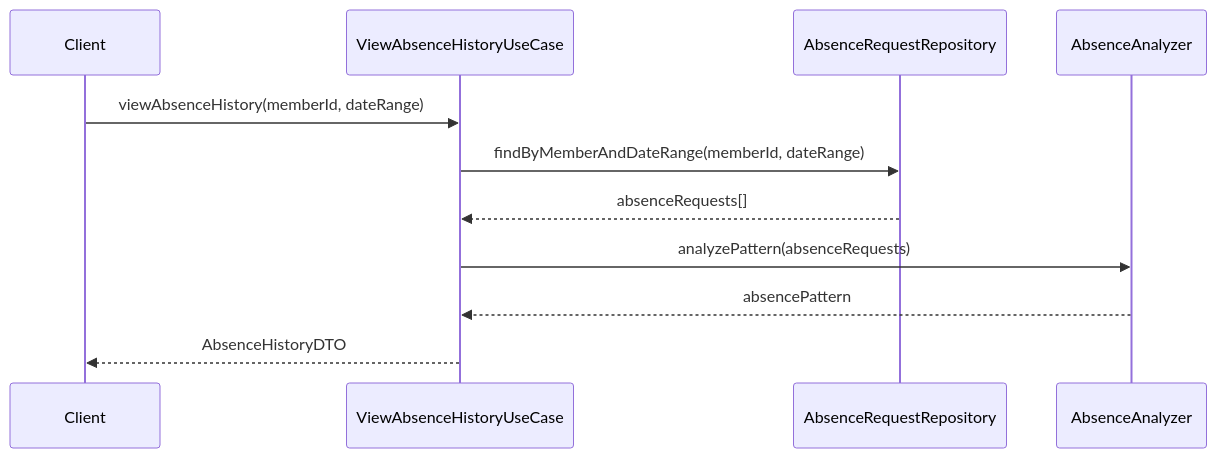
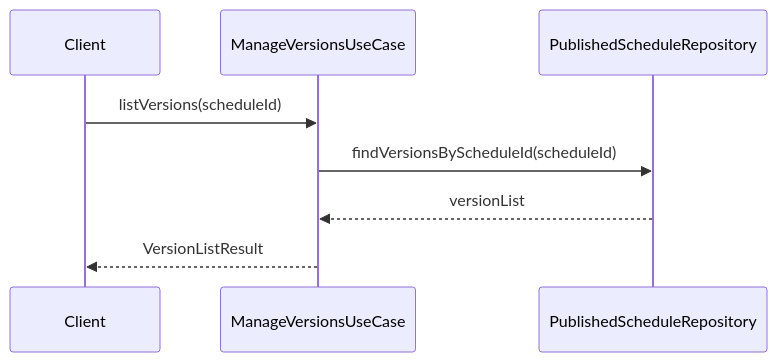
The tenth of 18 diagrams in 設計書/05_アプリケーション層.md (NowatariSoma/tomosigoto_nou_system), drawn with Mermaid before and after one commit. The commit also changed other lines of this file and 12 other files, not shown here.

````diff
--- a/設計書/05_アプリケーション層.md
+++ b/設計書/05_アプリケーション層.md
@@ -282,14 +357,11 @@
 ```mermaid
 sequenceDiagram
     participant Client
-    participant UseCase as ViewAbsenceHistoryUseCase
-    participant Repository as AbsenceRequestRepository
-    participant Analyzer as AbsenceAnalyzer
+    participant UseCase as ManageVersionsUseCase
+    participant Repository as PublishedScheduleRepository
     
-    Client->>UseCase: viewAbsenceHistory(memberId, dateRange)
-    UseCase->>Repository: findByMemberAndDateRange(memberId, dateRange)
-    Repository-->>UseCase: absenceRequests[]
-    UseCase->>Analyzer: analyzePattern(absenceRequests)
-    Analyzer-->>UseCase: absencePattern
-    UseCase-->>Client: AbsenceHistoryDTO
+    Client->>UseCase: listVersions(scheduleId)
+    UseCase->>Repository: findVersionsByScheduleId(scheduleId)
+    Repository-->>UseCase: versionList
+    UseCase-->>Client: VersionListResult
 ```
````
